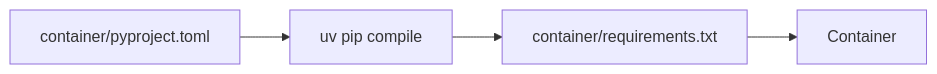
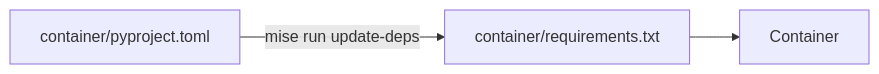
The diagram in docs/TOOLING.md (LamaGrid/lamadist), drawn with Mermaid before and after one commit. The commit also changed other lines of this file and 48 other files, not shown here.

````diff
--- a/docs/TOOLING.md
+++ b/docs/TOOLING.md
@@ -353,4 +353,5 @@
 ```mermaid
 flowchart LR
-    pyproject["container/pyproject.toml"] --> uv["uv pip compile"] --> reqs["container/requirements.txt"] --> container["Container"]
+    pyproject["container/pyproject.toml"] -- "mise run update-deps" --> reqs["container/requirements.txt"]
+    reqs --> container["Container"]
 ```
````
